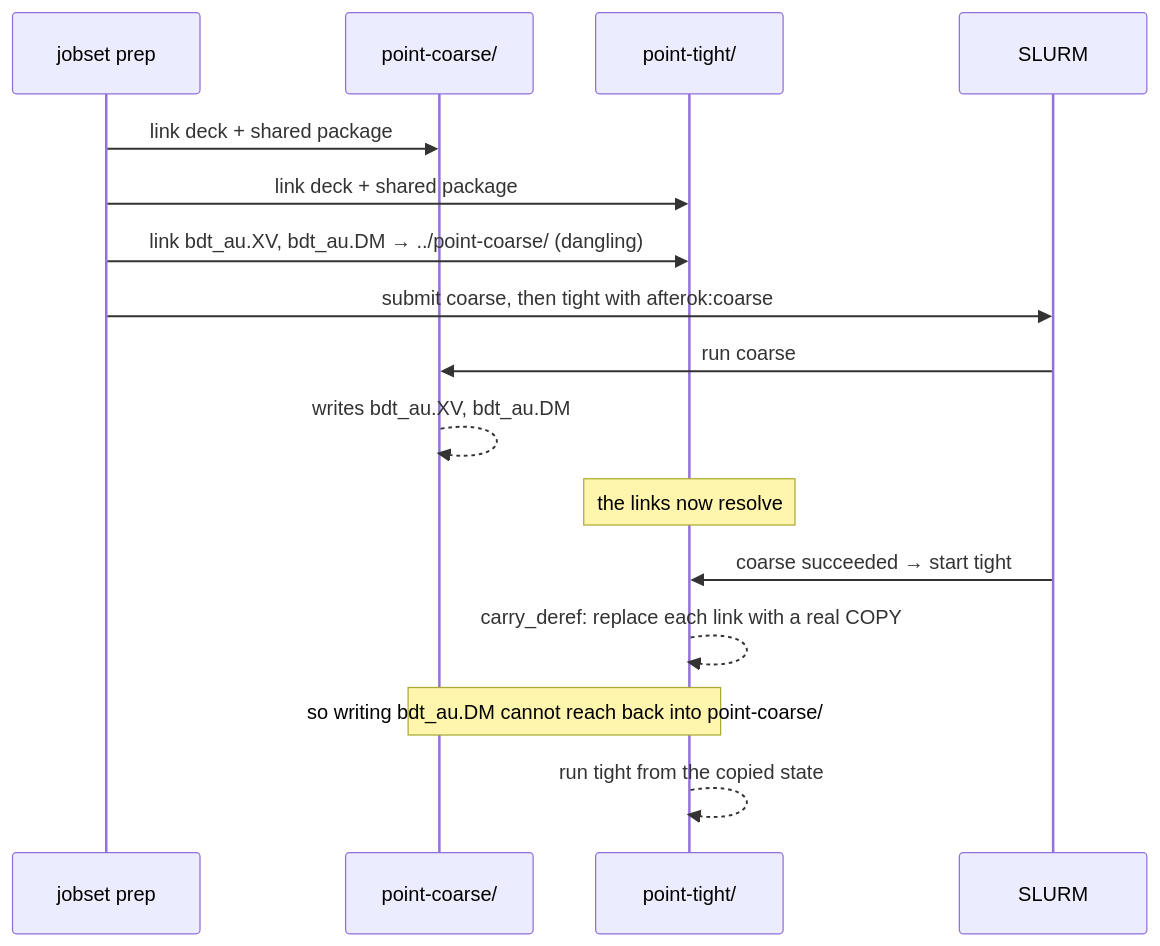
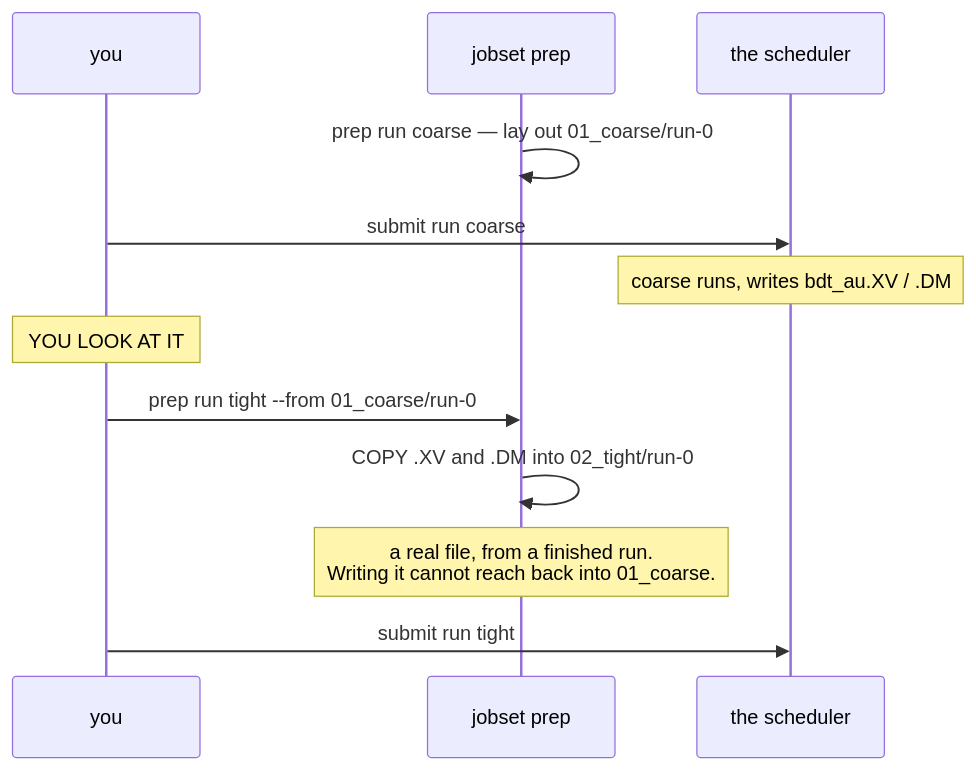
The third of 9 diagrams in docs/execution/job-system.md (Qing-LAB/molbuilder), drawn with Mermaid before and after one commit. The commit also changed other lines of this file and 6 other files, not shown here.

````diff
--- a/docs/execution/job-system.md
+++ b/docs/execution/job-system.md
@@ -409,18 +443,14 @@
 ```mermaid
 sequenceDiagram
+    participant U as you
     participant P as jobset prep
-    participant C as point-coarse/
-    participant T as point-tight/
-    participant S as SLURM
-    P->>C: link deck + shared package
-    P->>T: link deck + shared package
-    P->>T: link bdt_au.XV, bdt_au.DM → ../point-coarse/  (dangling)
-    P->>S: submit coarse, then tight with afterok:coarse
-    S->>C: run coarse
-    C-->>C: writes bdt_au.XV, bdt_au.DM
-    Note over T: the links now resolve
-    S->>T: coarse succeeded → start tight
-    T-->>T: carry_deref: replace each link with a real COPY
-    Note over T,C: so writing bdt_au.DM cannot reach back into point-coarse/
-    T-->>T: run tight from the copied state
+    participant S as the scheduler
+    P->>P: prep run coarse — lay out 01_coarse/run-0
+    U->>S: submit run coarse
+    Note over S: coarse runs, writes bdt_au.XV / .DM
+    Note over U: YOU LOOK AT IT
+    U->>P: prep run tight --from 01_coarse/run-0
+    P->>P: COPY .XV and .DM into 02_tight/run-0
+    Note over P: a real file, from a finished run.<br/>Writing it cannot reach back into 01_coarse.
+    U->>S: submit run tight
 ```
````
